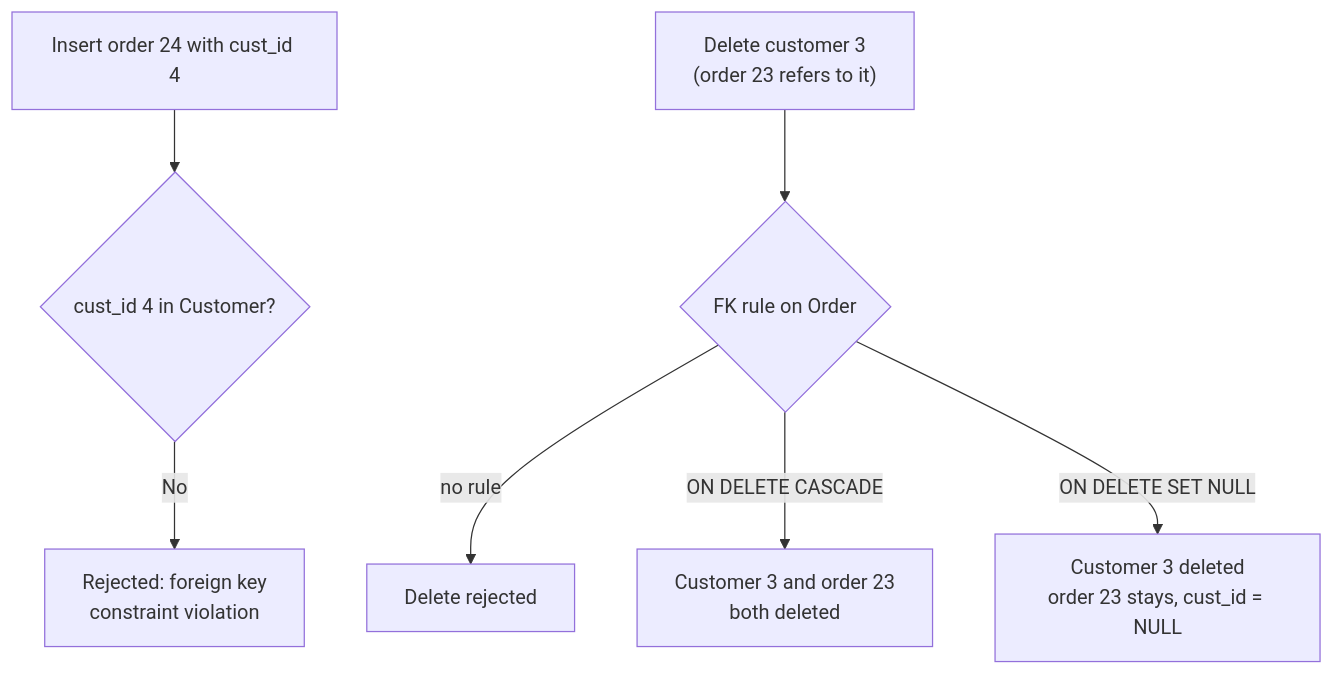
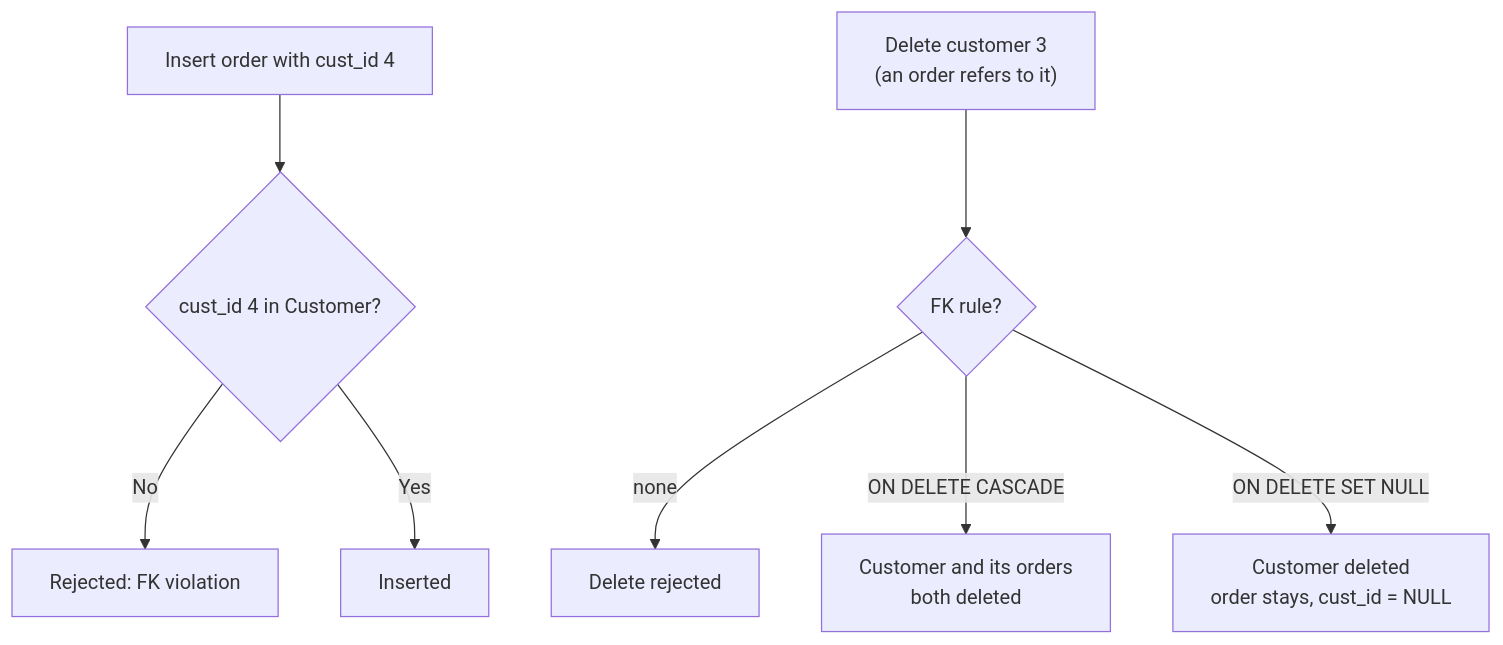
One commit to aaryan-pradhan/core-cs-fundamentals changed the seventh of 8 diagrams in dbms/07-relational-model.md. Above: the diagram before and after it, drawn with Mermaid. The commit also changed other lines of this file, not shown here.

First line of the commit message:
Rewrite DBMS lecture 7 as diagram-first notes

````diff
--- a/dbms/07-relational-model.md
+++ b/dbms/07-relational-model.md
@@ -178,9 +107,10 @@
-      ```mermaid
-      flowchart TB
-        I["Insert order 24 with cust_id 4"] --> I1{"cust_id 4 in Customer?"}
-        I1 -- No --> I2["Rejected: foreign key<br/>constraint violation"]
-        D["Delete customer 3<br/>(order 23 refers to it)"] --> R{"FK rule on Order"}
-        R -- "no rule" --> R1["Delete rejected"]
-        R -- "ON DELETE CASCADE" --> R2["Customer 3 and order 23<br/>both deleted"]
-        R -- "ON DELETE SET NULL" --> R3["Customer 3 deleted<br/>order 23 stays, cust_id = NULL"]
-      ```
+```mermaid
+flowchart TB
+  I["Insert order with cust_id 4"] --> I1{"cust_id 4 in Customer?"}
+  I1 -- No --> I2["Rejected: FK violation"]
+  I1 -- Yes --> I3["Inserted"]
+  D["Delete customer 3<br/>(an order refers to it)"] --> R{"FK rule?"}
+  R -- "none" --> R1["Delete rejected"]
+  R -- "ON DELETE CASCADE" --> R2["Customer and its orders<br/>both deleted"]
+  R -- "ON DELETE SET NULL" --> R3["Customer deleted<br/>order stays, cust_id = NULL"]
+```
````
